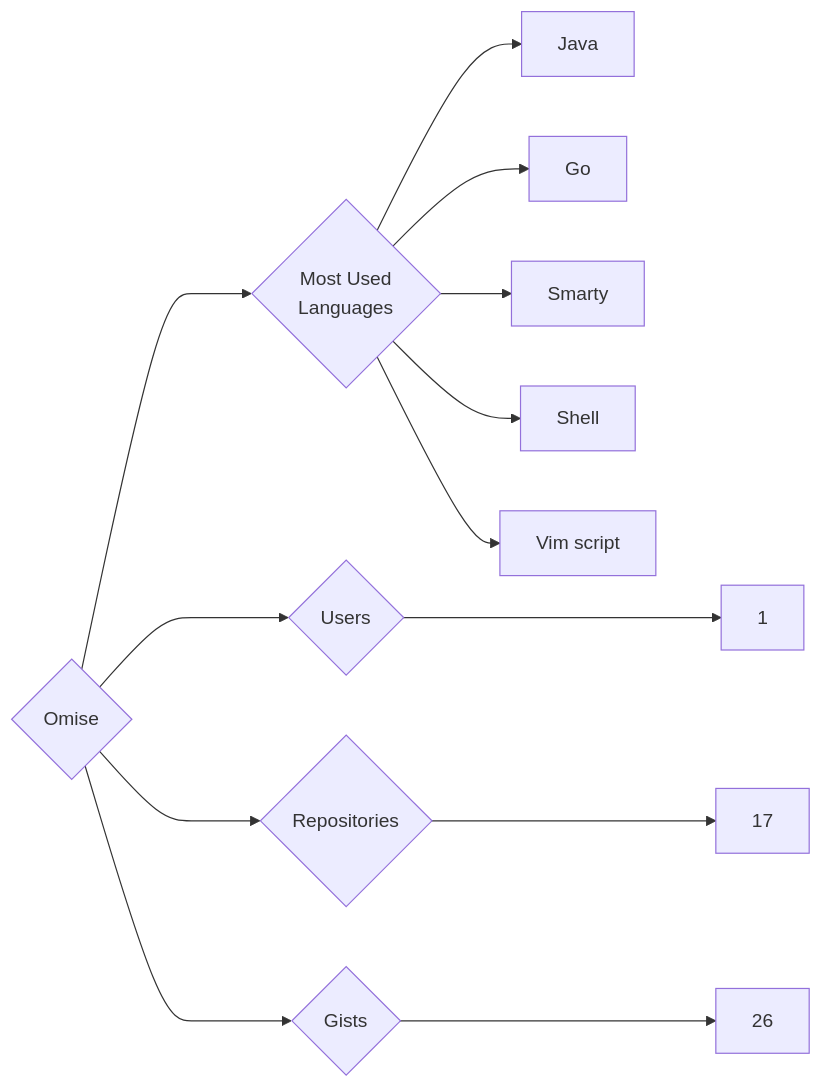
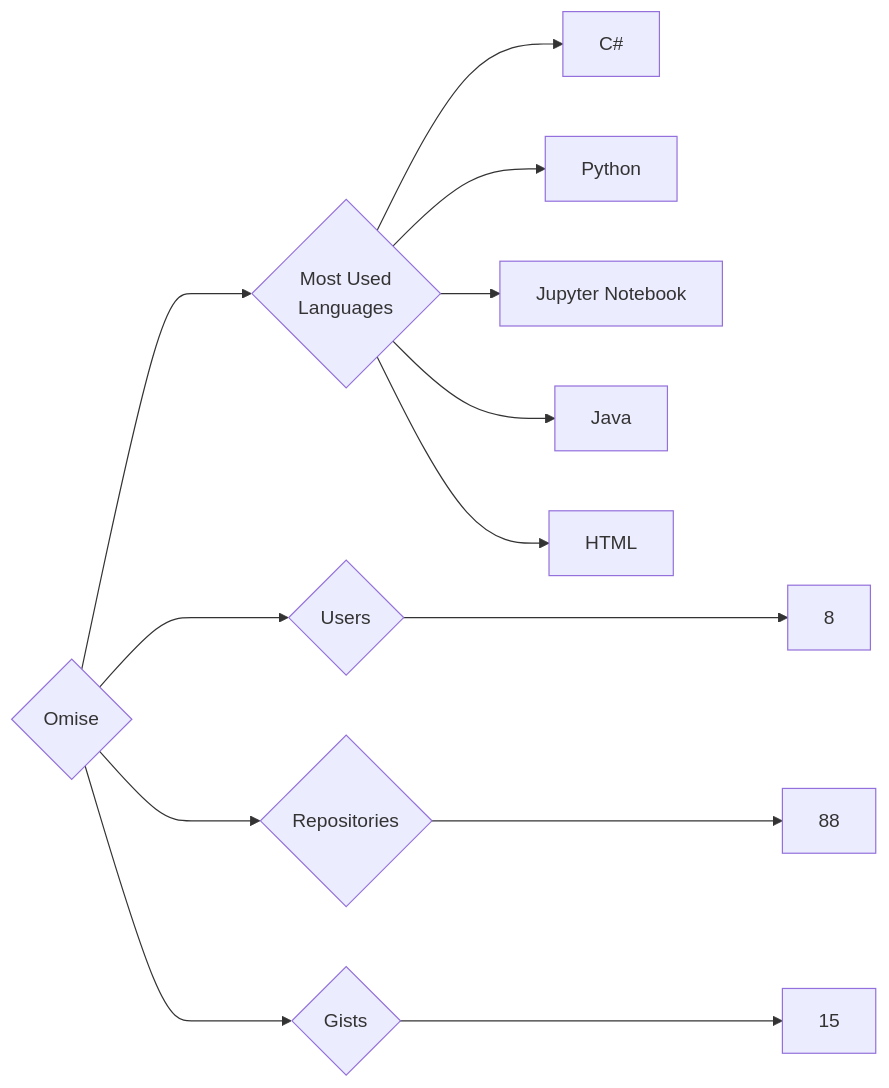
One commit to trickest/insiders changed the diagram in targets/Omise/README.md. Above: the diagram before and after it, drawn with Mermaid. The commit also changed 833 other files, not shown here.

````diff
--- a/targets/Omise/README.md
+++ b/targets/Omise/README.md
@@ -3,13 +3,13 @@
 ```mermaid
 graph LR
 COMPANY_NAME{Omise}
-COMPANY_NAME ---> U{Users} ---> UN[1]
-COMPANY_NAME ---> R{Repositories} ---> RN[17]
-COMPANY_NAME ---> G{Gists} ---> GN[26]
+COMPANY_NAME ---> U{Users} ---> UN[8]
+COMPANY_NAME ---> R{Repositories} ---> RN[88]
+COMPANY_NAME ---> G{Gists} ---> GN[15]
 COMPANY_NAME ---> ML{Most Used<br>Languages}
+ML --> C#[C#]
+ML --> Python[Python]
+ML --> Jupyter_Notebook[Jupyter Notebook]
 ML --> Java[Java]
-ML --> Go[Go]
-ML --> Smarty[Smarty]
-ML --> Shell[Shell]
-ML --> Vim_script[Vim script]
+ML --> HTML[HTML]
 ```
````
